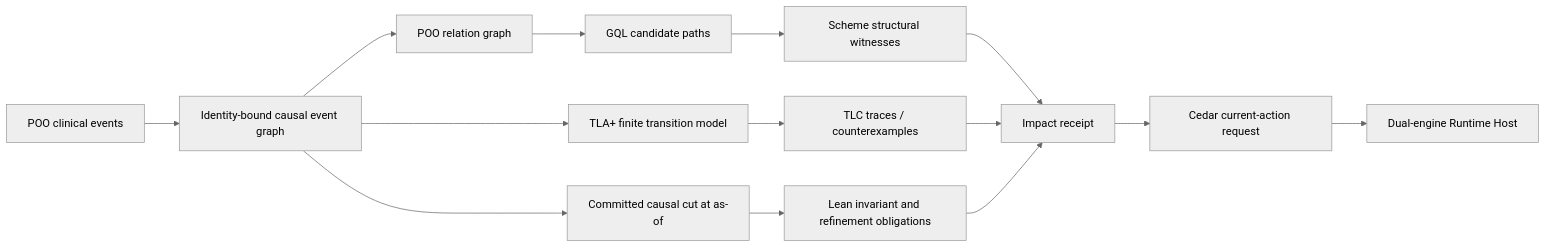
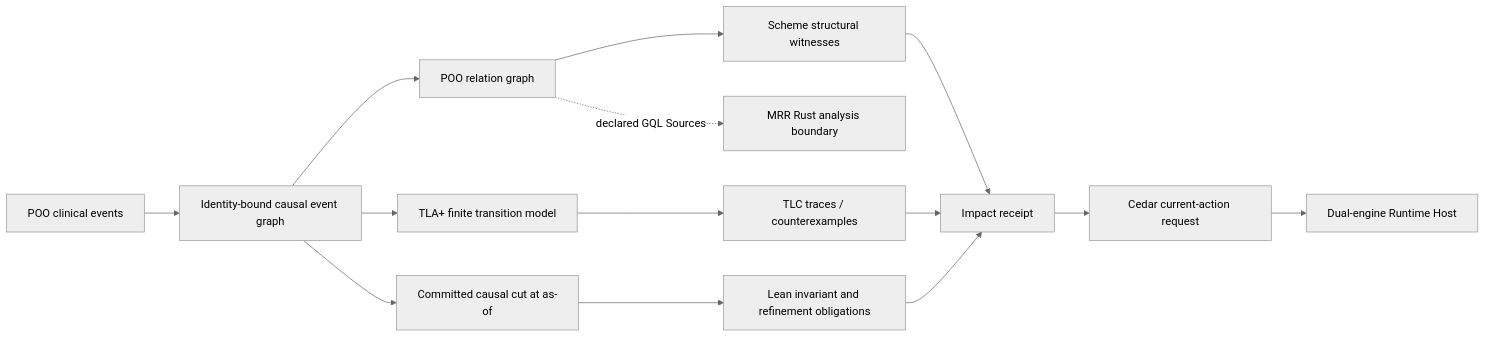
One commit to tao3k/poo-flow changed the diagram in docs/10-19-design/10.06-poo-module-system/161-temporal-causality-and-causal-trajectory-architecture.org. Above: the diagram before and after it, drawn with Mermaid (neutral theme). The commit also changed other lines of this file and 16 other files, not shown here.

```diff
--- a/docs/10-19-design/10.06-poo-module-system/161-temporal-causality-and-causal-trajectory-architecture.org
+++ b/docs/10-19-design/10.06-poo-module-system/161-temporal-causality-and-causal-trajectory-architecture.org
@@ -194,16 +197,16 @@
 #+begin_src mermaid
 flowchart LR
     E[POO clinical events] --> EG[Identity-bound causal event graph]
     EG --> C[Committed causal cut at as-of]
     EG --> G[POO relation graph]
-    G --> Q[GQL candidate paths]
-    Q --> S[Scheme structural witnesses]
+    G --> S[Scheme structural witnesses]
+    G -. declared GQL Sources .-> Q[MRR Rust analysis boundary]
     EG --> M[TLA+ finite transition model]
     M --> T[TLC traces / counterexamples]
     C --> L[Lean invariant and refinement obligations]
     S --> I[Impact receipt]
     T --> I
     L --> I
     I --> A[Cedar current-action request]
     A --> H[Dual-engine Runtime Host]
 #+end_src
```
